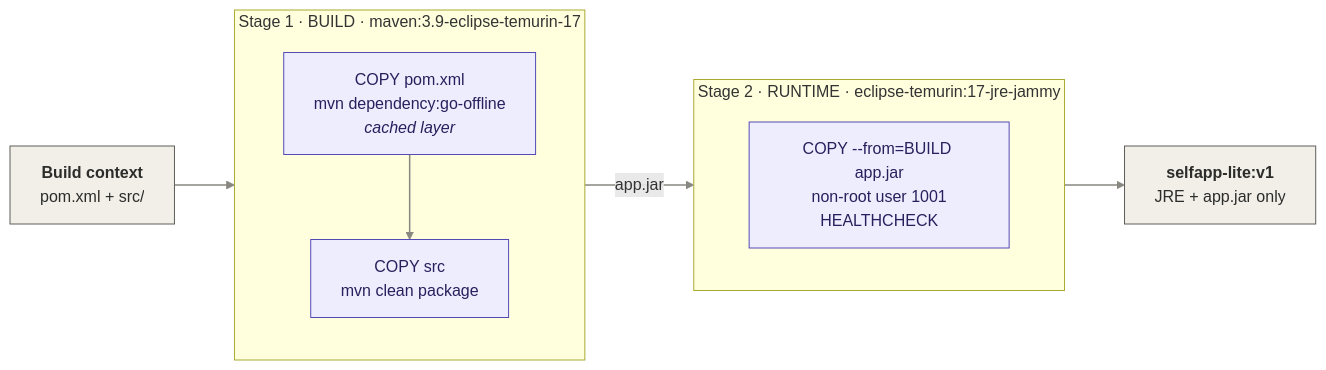
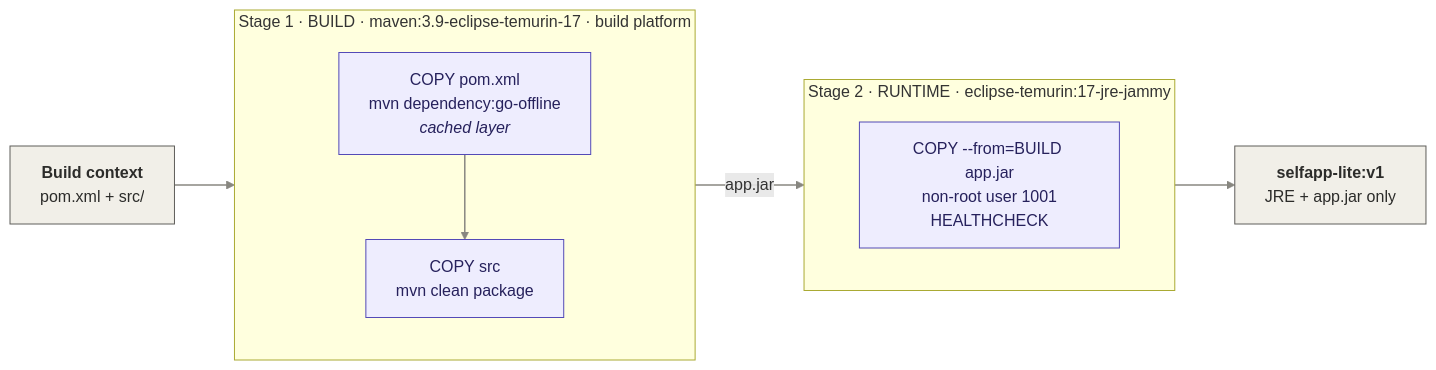
One commit to alexiglesias/docker-buildlab-selfapp changed the second of 3 diagrams in README.md. Above: the diagram before and after it, drawn with Mermaid. The commit also changed other lines of this file, not shown here.

````diff
--- a/README.md
+++ b/README.md
@@ -86,29 +90,29 @@
 ```mermaid
 %%{init: {'flowchart': {'curve': 'linear', 'nodeSpacing': 30, 'rankSpacing': 60}}}%%
 flowchart LR
     SRC["<b>Build context</b><br/>pom.xml + src/"]
 
-    subgraph S1["Stage 1 · BUILD · maven:3.9-eclipse-temurin-17"]
+    subgraph S1["Stage 1 · BUILD · maven:3.9-eclipse-temurin-17 · build platform"]
         direction TB
         D1["COPY pom.xml<br/>mvn dependency:go-offline<br/><i>cached layer</i>"]
         D2["COPY src<br/>mvn clean package"]
         D1 --> D2
     end
 
     subgraph S2["Stage 2 · RUNTIME · eclipse-temurin:17-jre-jammy"]
         direction TB
         R1["COPY --from=BUILD app.jar<br/>non-root user 1001<br/>HEALTHCHECK"]
     end
 
     IMG["<b>selfapp-lite:v1</b><br/>JRE + app.jar only"]
 
     SRC --> D1
     D2 -->|"app.jar"| R1
     R1 --> IMG
 
     classDef host fill:#F1EFE8,stroke:#5F5E5A,stroke-width:1px,color:#2C2C2A
     classDef play fill:#EEEDFE,stroke:#534AB7,stroke-width:1px,color:#26215C
     class SRC,IMG host
     class D1,D2,R1 play
     linkStyle default stroke:#888780,stroke-width:1.5px
 ```
````
